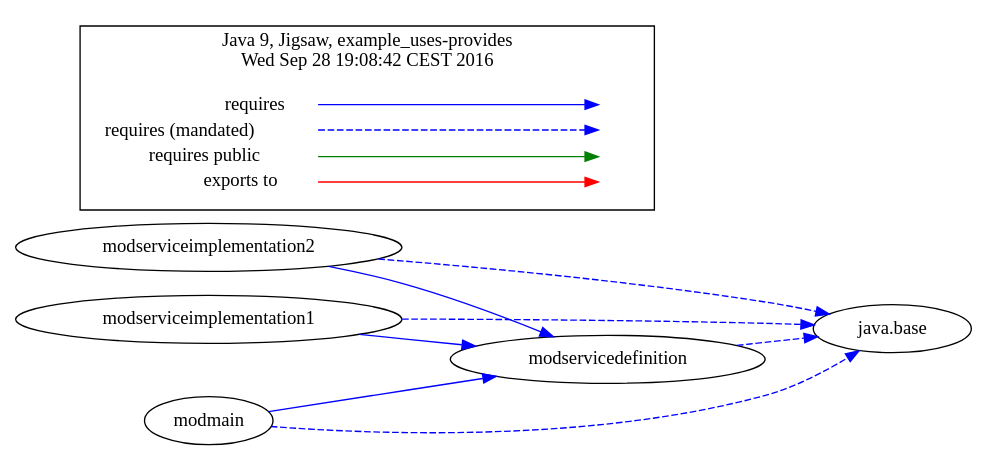
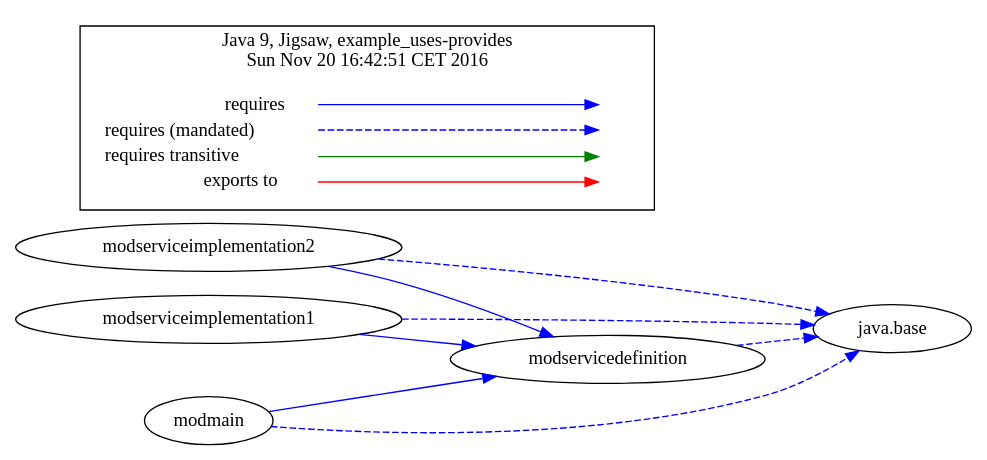
One commit to accso/java9-jigsaw-examples changed the diagram in jigsaw-examples/example_uses-provides/moduledependencies-withlegend.dot. Above: the diagram before and after it, drawn with Graphviz. The commit also changed 84 other files, not shown here.

```diff
--- a/jigsaw-examples/example_uses-provides/moduledependencies-withlegend.dot
+++ b/jigsaw-examples/example_uses-provides/moduledependencies-withlegend.dot
@@ -1,38 +1,38 @@
-# Created by depvis.JigsawDepVisualizer on Wed Sep 28 19:08:41 CEST 2016
+# Created by depvis.JigsawDepVisualizer on Sun Nov 20 16:42:51 CET 2016
 digraph Java9_Dependency_Visualizer {
+modmain[fontname="Consolas",shape="ellipse",label="modmain"];
 modservicedefinition[fontname="Consolas",shape="ellipse",label="modservicedefinition"];
 java_base[fontname="Consolas",shape="ellipse",label="java.base"];
-modmain[fontname="Consolas",shape="ellipse",label="modmain"];
 modserviceimplementation2[fontname="Consolas",shape="ellipse",label="modserviceimplementation2"];
 modserviceimplementation1[fontname="Consolas",shape="ellipse",label="modserviceimplementation1"];
-modservicedefinition -> java_base[color="#0000ff",fontname="Consolas",fontcolor="#0000ff",style="dashed",weight="16"]
 modmain -> modservicedefinition[color="#0000ff",fontname="Consolas",fontcolor="#0000ff",weight="8"]
 modmain -> java_base[color="#0000ff",fontname="Consolas",fontcolor="#0000ff",style="dashed",weight="16"]
+modservicedefinition -> java_base[color="#0000ff",fontname="Consolas",fontcolor="#0000ff",style="dashed",weight="16"]
 modserviceimplementation2 -> modservicedefinition[color="#0000ff",fontname="Consolas",fontcolor="#0000ff",weight="8"]
 modserviceimplementation2 -> java_base[color="#0000ff",fontname="Consolas",fontcolor="#0000ff",style="dashed",weight="16"]
 modserviceimplementation1 -> modservicedefinition[color="#0000ff",fontname="Consolas",fontcolor="#0000ff",weight="8"]
 modserviceimplementation1 -> java_base[color="#0000ff",fontname="Consolas",fontcolor="#0000ff",style="dashed",weight="16"]
 rankdir=LR
 node [shape=plaintext]
 subgraph cluster_01 { 
   label = "Java 9, Jigsaw, example_uses-provides
-Wed Sep 28 19:08:42 CEST 2016"
+Sun Nov 20 16:42:51 CET 2016"
   fontname="Consolas"
   key [label=<<table border="0" cellpadding="2" cellspacing="0" cellborder="0">
     <tr><td align="right" port="i1">requires</td></tr>
     <tr><td align="right" port="i2">requires (mandated)</td></tr>
-    <tr><td align="right" port="i3">requires public</td></tr>
+    <tr><td align="right" port="i3">requires transitive</td></tr>
     <tr><td align="right" port="i4">exports to</td></tr>
     </table>>,fontname="Consolas"]
   key2 [label=<<table border="0" cellpadding="2" cellspacing="0" cellborder="0">
     <tr><td port="i1">&nbsp;</td></tr>
     <tr><td port="i2">&nbsp;</td></tr>
     <tr><td port="i3">&nbsp;</td></tr>
     <tr><td port="i4">&nbsp;</td></tr>
     </table>>,fontname="Consolas"]
   key:i1:e -> key2:i1:w [color=BLUE]
   key:i2:e -> key2:i2:w [color=BLUE, style=dashed]
   key:i3:e -> key2:i3:w [color=GREEN]
   key:i4:e -> key2:i4:w [color=RED]
 }
 }
```
